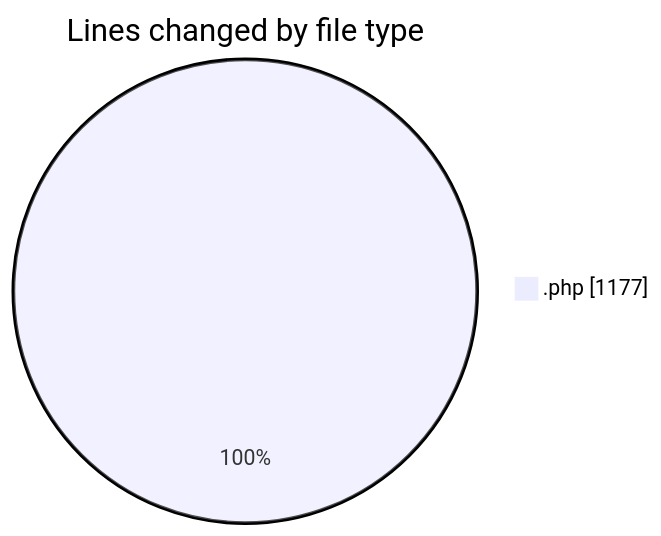
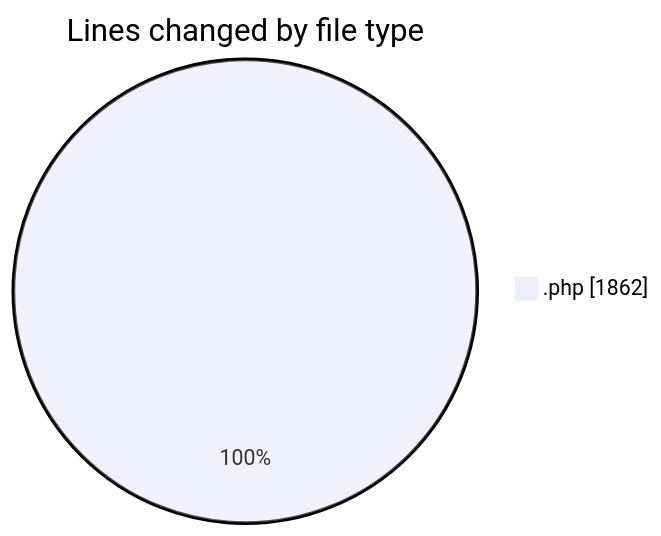
Before and after one commit to debugP/code-tracking: the first of 2 diagrams in 2025-10-17/untitled__workspace_/README.md, drawn with Mermaid. The commit also changed other lines of this file and 1 other file, not shown here.

````diff
--- a/2025-10-17/untitled__workspace_/README.md
+++ b/2025-10-17/untitled__workspace_/README.md
@@ -21,5 +22,5 @@
 ```mermaid
 pie showData
 title Lines changed by file type
-".php" : 1177
+".php" : 1862
 ```
````
